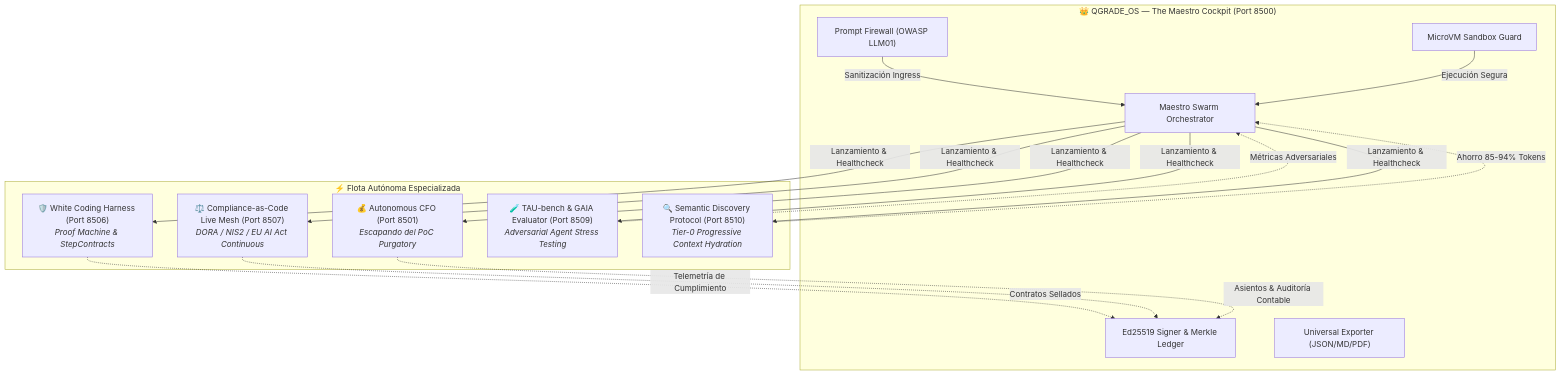
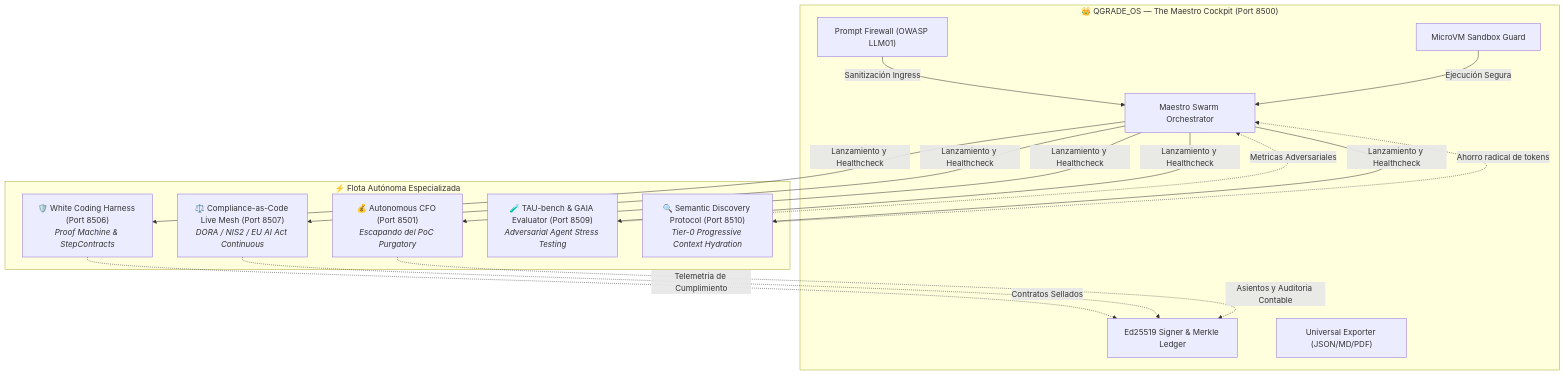
Before and after one commit to Tardigrado-76/Capgemini: the diagram in QGRADE_OS Iwan reference/README.md, drawn with Mermaid. The commit also changed 11 other files, not shown here.

Commit message:
fix(docs): sanitize Mermaid diagram edge labels across all projects to ensure 100% GitHub rendering

````diff
--- a/QGRADE_OS Iwan reference/README.md
+++ b/QGRADE_OS Iwan reference/README.md
@@ -22,33 +22,33 @@
 ```mermaid
 graph TD
     subgraph Cockpit ["👑 QGRADE_OS — The Maestro Cockpit (Port 8500)"]
         MS["Maestro Swarm Orchestrator"]
         FW["Prompt Firewall (OWASP LLM01)"]
         SB["MicroVM Sandbox Guard"]
         ED["Ed25519 Signer & Merkle Ledger"]
         EX["Universal Exporter (JSON/MD/PDF)"]
     end
 
     subgraph Microservices ["⚡ Flota Autónoma Especializada"]
         CFO["💰 Autonomous CFO (Port 8501)<br/><i>Escapando del PoC Purgatory</i>"]
         WCH["🛡️ White Coding Harness (Port 8506)<br/><i>Proof Machine & StepContracts</i>"]
         CMP["⚖️ Compliance-as-Code Live Mesh (Port 8507)<br/><i>DORA / NIS2 / EU AI Act Continuous</i>"]
         TAU["🧪 TAU-bench & GAIA Evaluator (Port 8509)<br/><i>Adversarial Agent Stress Testing</i>"]
         SDP["🔍 Semantic Discovery Protocol (Port 8510)<br/><i>Tier-0 Progressive Context Hydration</i>"]
     end
 
-    MS -->|Lanzamiento & Healthcheck| CFO
-    MS -->|Lanzamiento & Healthcheck| WCH
-    MS -->|Lanzamiento & Healthcheck| CMP
-    MS -->|Lanzamiento & Healthcheck| TAU
-    MS -->|Lanzamiento & Healthcheck| SDP
+    MS -->|Lanzamiento y Healthcheck| CFO
+    MS -->|Lanzamiento y Healthcheck| WCH
+    MS -->|Lanzamiento y Healthcheck| CMP
+    MS -->|Lanzamiento y Healthcheck| TAU
+    MS -->|Lanzamiento y Healthcheck| SDP
 
     WCH -.->|Contratos Sellados| ED
-    CMP -.->|Telemetría de Cumplimiento| ED
-    SDP -.->|Ahorro 85-94% Tokens| MS
-    TAU -.->|Métricas Adversariales| MS
-    CFO -.->|Asientos & Auditoría Contable| ED
+    CMP -.->|Telemetria de Cumplimiento| ED
+    SDP -.->|Ahorro radical de tokens| MS
+    TAU -.->|Metricas Adversariales| MS
+    CFO -.->|Asientos y Auditoria Contable| ED
 
     FW -->|Sanitización Ingress| MS
     SB -->|Ejecución Segura| MS
 ```
````
